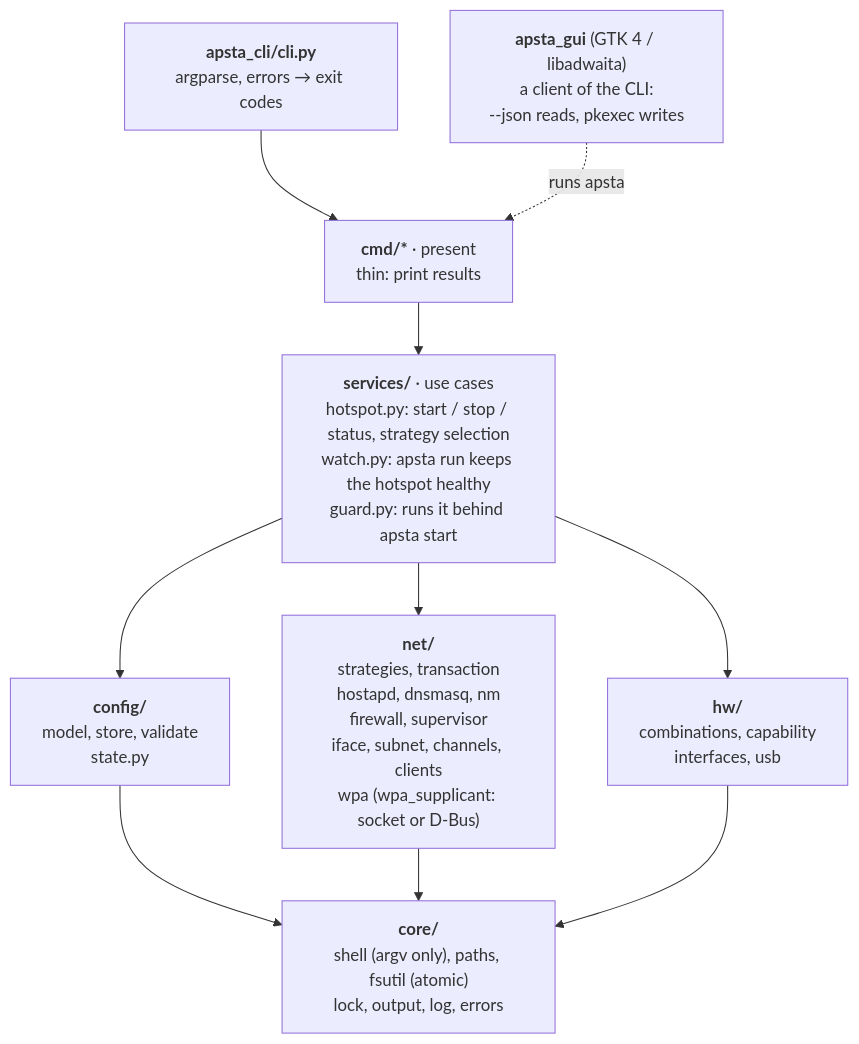
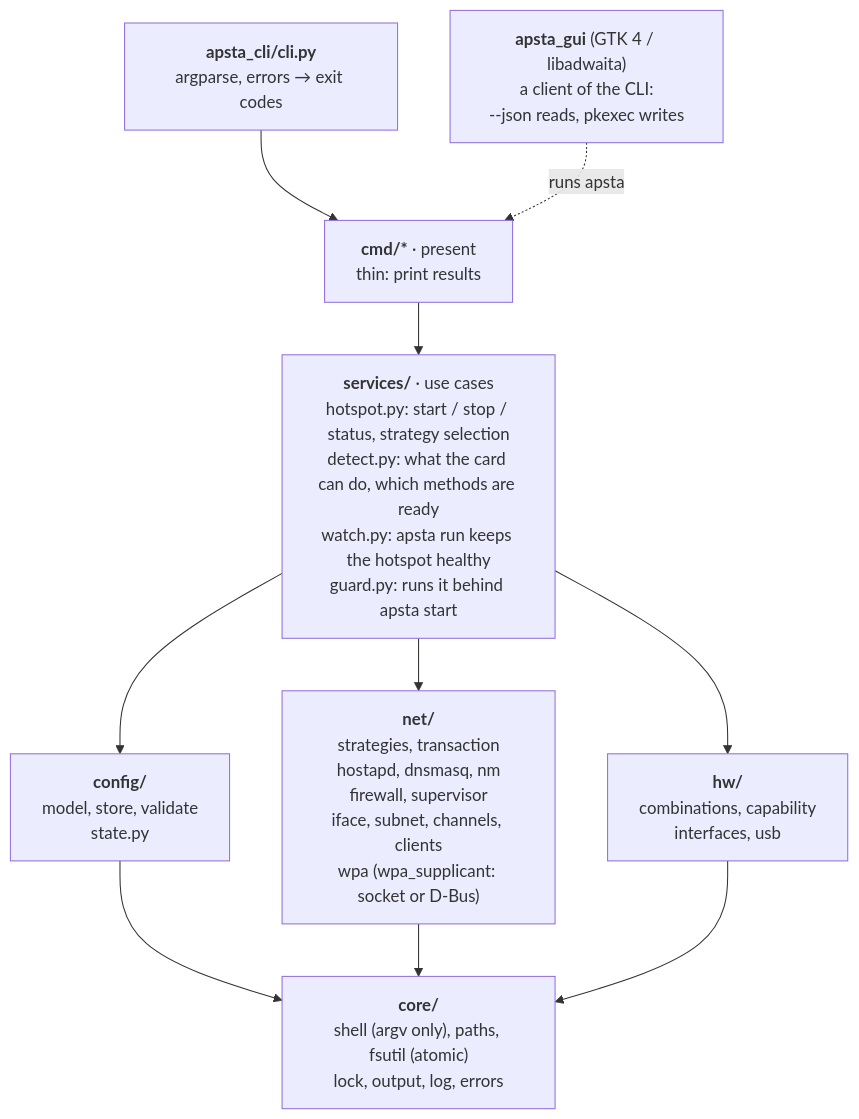
Before and after one commit to krotrn/apsta: the first of 4 diagrams in docs/ARCHITECTURE.md, drawn with Mermaid. The commit also changed other lines of this file and 28 other files, not shown here.

````diff
--- a/docs/ARCHITECTURE.md
+++ b/docs/ARCHITECTURE.md
@@ -8,17 +8,17 @@
 ```mermaid
 flowchart TD
     CLI["<b>apsta_cli/cli.py</b><br/>argparse, errors → exit codes"]
     GUI["<b>apsta_gui</b> (GTK 4 / libadwaita)<br/>a client of the CLI:<br/>--json reads, pkexec writes"]
     CMD["<b>cmd/*</b> · present<br/>thin: print results"]
-    SVC["<b>services/</b> · use cases<br/>hotspot.py: start / stop / status, strategy selection<br/>watch.py: apsta run keeps the hotspot healthy<br/>guard.py: runs it behind apsta start"]
+    SVC["<b>services/</b> · use cases<br/>hotspot.py: start / stop / status, strategy selection<br/>detect.py: what the card can do, which methods are ready<br/>watch.py: apsta run keeps the hotspot healthy<br/>guard.py: runs it behind apsta start"]
     CFG["<b>config/</b><br/>model, store, validate<br/>state.py"]
     NET["<b>net/</b><br/>strategies, transaction<br/>hostapd, dnsmasq, nm<br/>firewall, supervisor<br/>iface, subnet, channels, clients<br/>wpa (wpa_supplicant: socket or D-Bus)"]
     HW["<b>hw/</b><br/>combinations, capability<br/>interfaces, usb"]
     CORE["<b>core/</b><br/>shell (argv only), paths, fsutil (atomic)<br/>lock, output, log, errors"]
 
     CLI --> CMD
     GUI -. "runs apsta" .-> CMD
     CMD --> SVC
     SVC --> CFG & NET & HW
     CFG & NET & HW --> CORE
 ```
````
